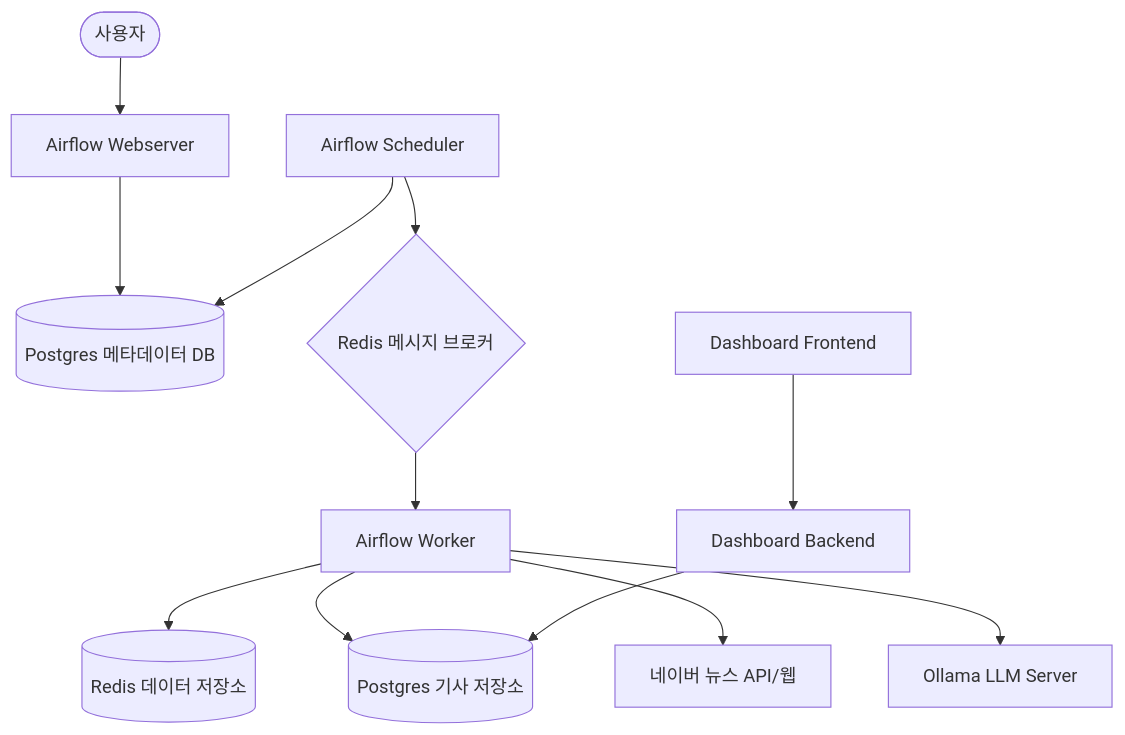
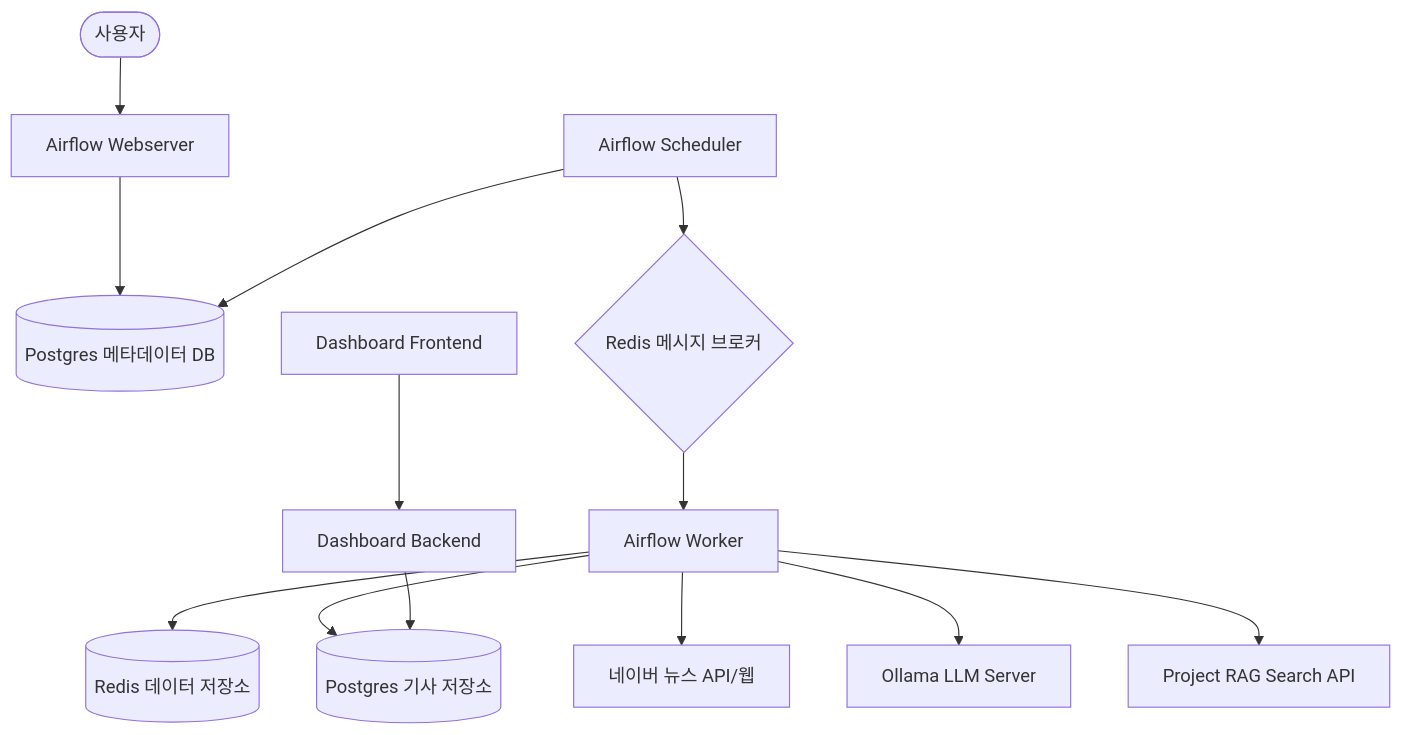
Before and after one commit to kwangwan/pipeline: the diagram in ARCHITECTURE.md, drawn with Mermaid. The commit also changed other lines of this file and 6 other files, not shown here.

Commit message:
feat: implement periodic document upload to Search API and update documentation

````diff
--- a/ARCHITECTURE.md
+++ b/ARCHITECTURE.md
@@ -9,15 +9,16 @@
 ```mermaid
 graph TD
     User([사용자]) --> Webserver[Airflow Webserver]
     Webserver --> DB[(Postgres 메타데이터 DB)]
     Scheduler[Airflow Scheduler] --> DB
     Scheduler --> RedisBroker{Redis 메시지 브로커}
     RedisBroker --> Worker[Airflow Worker]
     Worker --> RedisStore[(Redis 데이터 저장소)]
     Worker --> NewsDB[(Postgres 기사 저장소)]
     Worker --> NaverNews[네이버 뉴스 API/웹]
     Worker --> Ollama[Ollama LLM Server]
+    Worker --> SearchAPI[Project RAG Search API]
     
     DashboardFE[Dashboard Frontend] --> DashboardBE[Dashboard Backend]
     DashboardBE --> NewsDB
 ```
````
